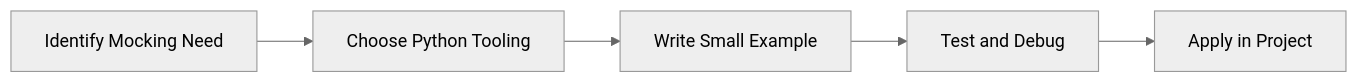
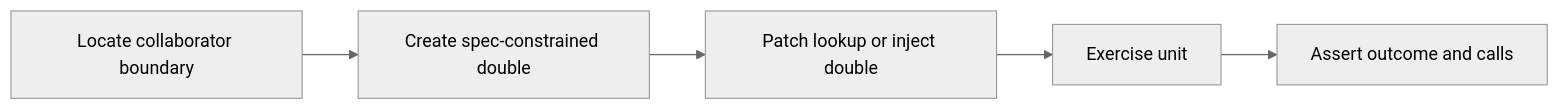
The diagram in Python-Mastery/Intermediate/33-mocking.md (SYMOIZ/E-Learning-Portal), drawn with Mermaid (neutral theme) before and after one commit. The commit also changed other lines of this file and 116 other files, not shown here.

````diff
--- a/Python-Mastery/Intermediate/33-mocking.md
+++ b/Python-Mastery/Intermediate/33-mocking.md
@@ -141,7 +155,7 @@
 ```mermaid
 flowchart LR
-    A[Identify Mocking Need] --> B[Choose Python Tooling]
-    B --> C[Write Small Example]
-    C --> D[Test and Debug]
-    D --> E[Apply in Project]
+    A[Locate collaborator boundary] --> B[Create spec-constrained double]
+    B --> C[Patch lookup or inject double]
+    C --> D[Exercise unit]
+    D --> E[Assert outcome and calls]
 ```
````
